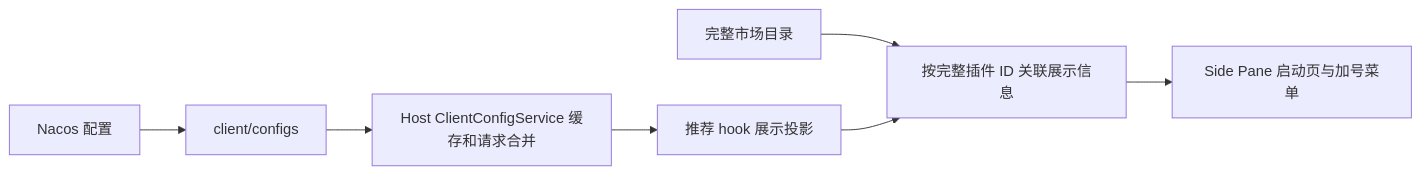
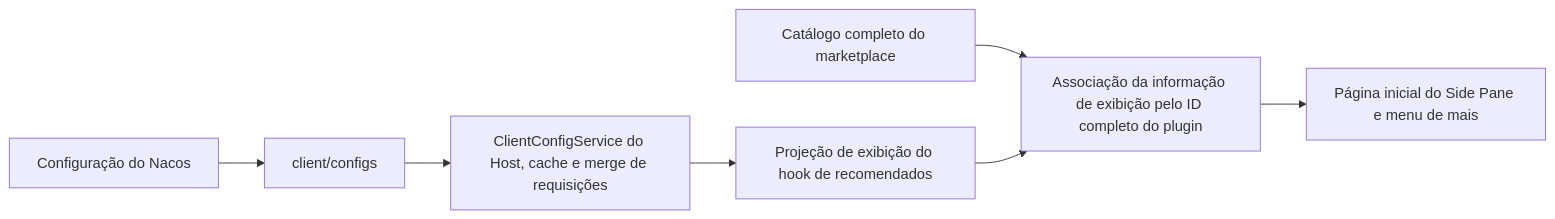
Before and after one commit to JoaoNetoDev/BR-Code: the fourth of 5 diagrams in docs/plugins/plugin-market-interactions-scope.md, drawn with Mermaid. The commit also changed other lines of this file and 177 other files, not shown here.

````diff
--- a/docs/plugins/plugin-market-interactions-scope.md
+++ b/docs/plugins/plugin-market-interactions-scope.md
@@ -174,9 +173,9 @@
 ```mermaid
 flowchart LR
-  N[Nacos 配置] --> A[client/configs]
-  A --> C[Host ClientConfigService 缓存和请求合并]
-  C --> H[推荐 hook 展示投影]
-  W[完整市场目录] --> I[按完整插件 ID 关联展示信息]
+  N[Configuração do Nacos] --> A[client/configs]
+  A --> C[ClientConfigService do Host, cache e merge de requisições]
+  C --> H[Projeção de exibição do hook de recomendados]
+  W[Catálogo completo do marketplace] --> I[Associação da informação de exibição pelo ID completo do plugin]
   H --> I
-  I --> S[Side Pane 启动页与加号菜单]
+  I --> S[Página inicial do Side Pane e menu de mais]
 ```
````
